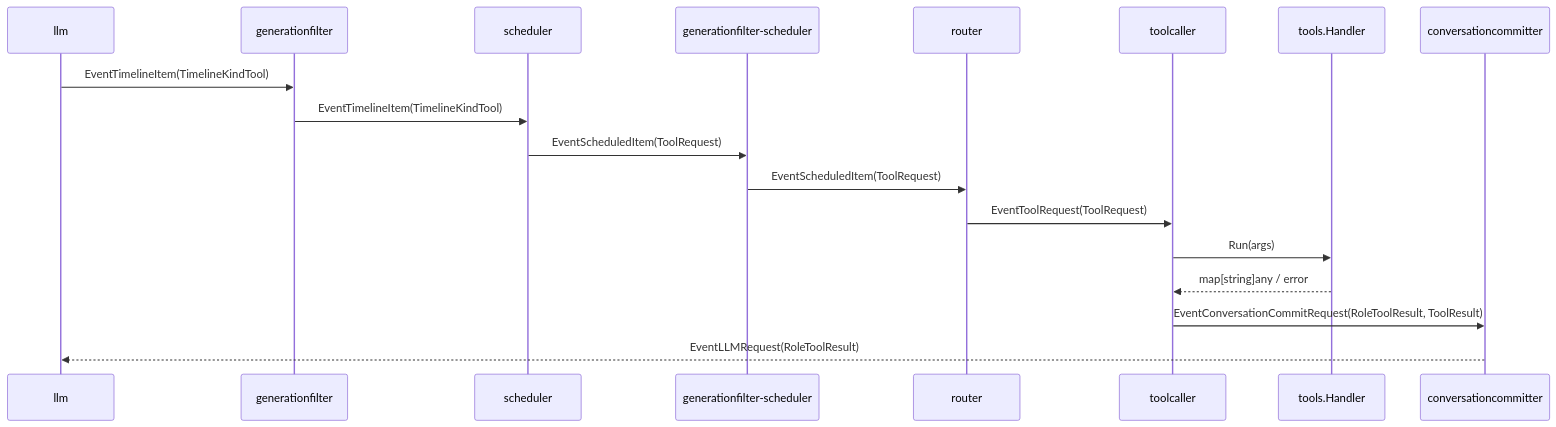
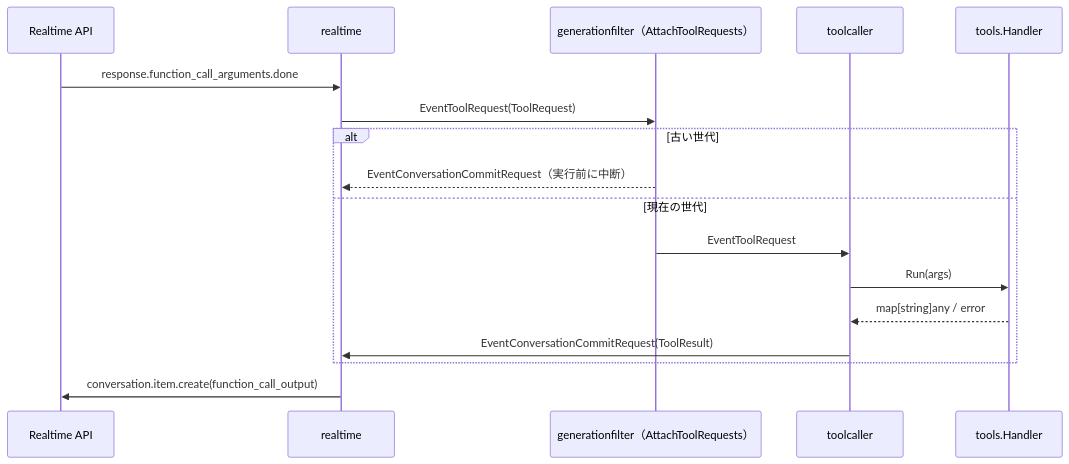
Before and after one commit to tetetratra/smart-speaker: the diagram in docs/components/toolcaller.md, drawn with Mermaid. The commit also changed other lines of this file and 56 other files, not shown here.

````diff
--- a/docs/components/toolcaller.md
+++ b/docs/components/toolcaller.md
@@ -64,21 +41,20 @@
 ```mermaid
 sequenceDiagram
-    participant LLM as llm
-    participant GF1 as generationfilter
-    participant SCH as scheduler
-    participant GF2 as generationfilter-scheduler
-    participant R as router
+    participant API as Realtime API
+    participant RT as realtime
+    participant GF as generationfilter（AttachToolRequests）
     participant TC as toolcaller
     participant H as tools.Handler
-    participant CC as conversationcommitter
 
-    LLM->>GF1: EventTimelineItem(TimelineKindTool)
-    GF1->>SCH: EventTimelineItem(TimelineKindTool)
-    SCH->>GF2: EventScheduledItem(ToolRequest)
-    GF2->>R: EventScheduledItem(ToolRequest)
-    R->>TC: EventToolRequest(ToolRequest)
-    TC->>H: Run(args)
-    H-->>TC: map[string]any / error
-    TC->>CC: EventConversationCommitRequest(RoleToolResult, ToolResult)
-    CC-->>LLM: EventLLMRequest(RoleToolResult)
+    API->>RT: response.function_call_arguments.done
+    RT->>GF: EventToolRequest(ToolRequest)
+    alt 古い世代
+        GF-->>RT: EventConversationCommitRequest（実行前に中断）
+    else 現在の世代
+        GF->>TC: EventToolRequest
+        TC->>H: Run(args)
+        H-->>TC: map[string]any / error
+        TC->>RT: EventConversationCommitRequest(ToolResult)
+    end
+    RT->>API: conversation.item.create(function_call_output)
 ```
````
